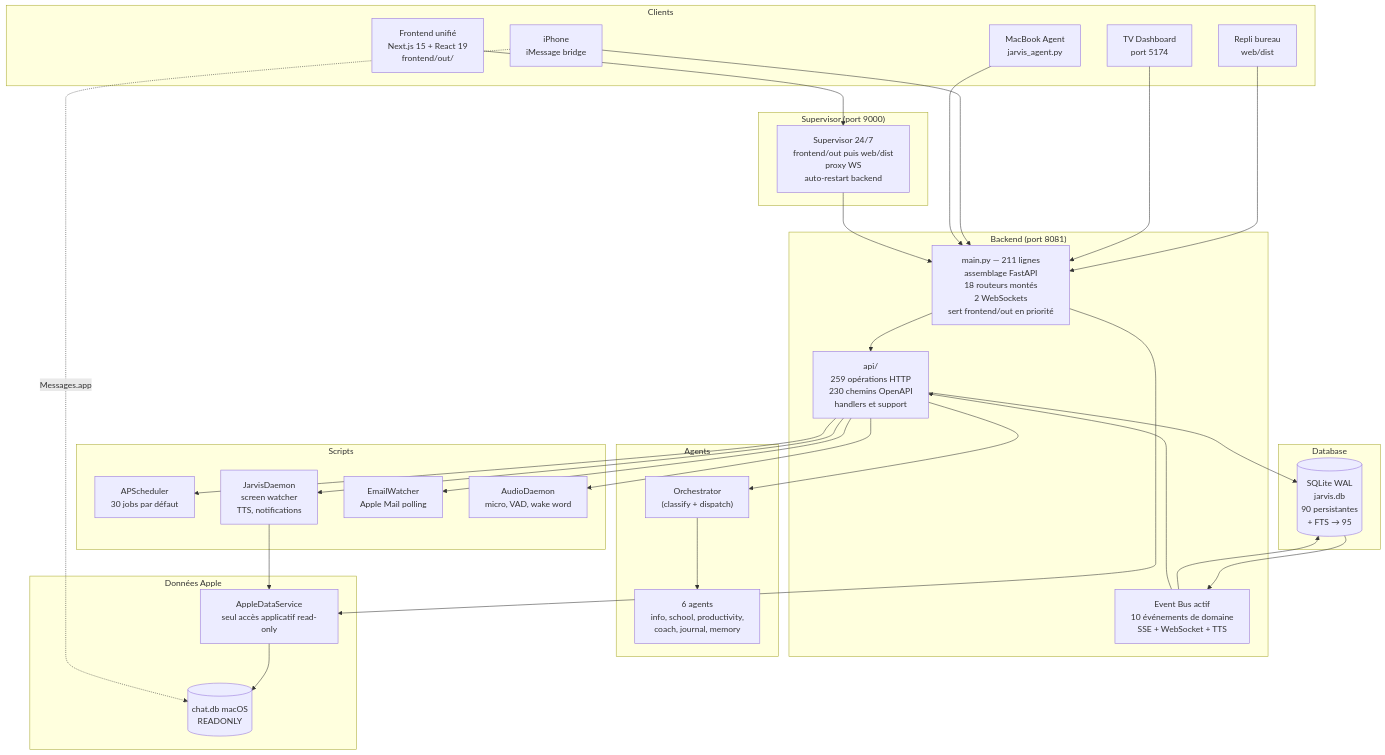
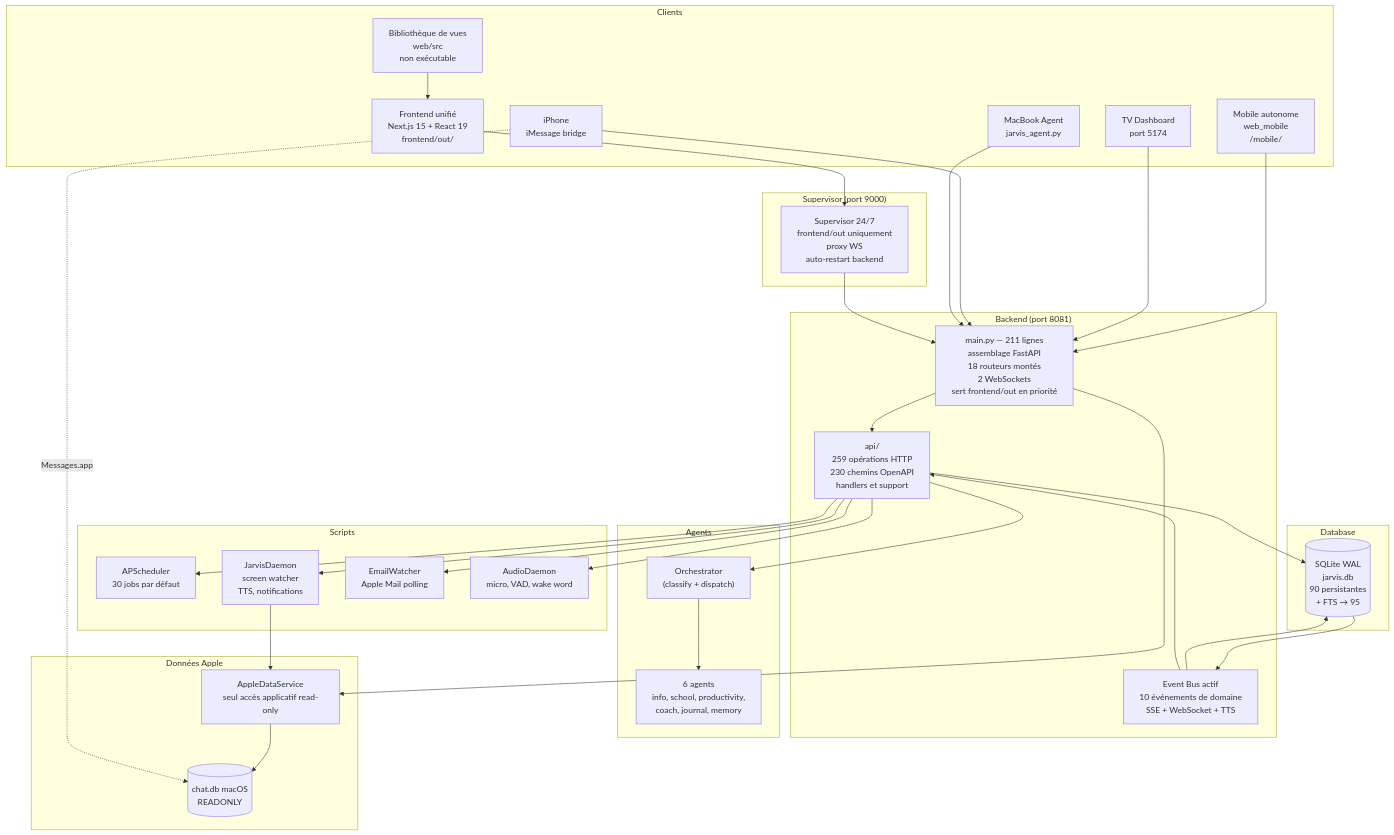
One commit to AVTAVANTTOUT2/JarvisAPI changed the first of 2 diagrams in Architecture/INDEX.md. Above: the diagram before and after it, drawn with Mermaid. The commit also changed other lines of this file and 23 other files, not shown here.

Commit message:
chore(architecture): enforce canonical debt registry

````diff
--- a/Architecture/INDEX.md
+++ b/Architecture/INDEX.md
@@ -112,63 +113,65 @@
 ```mermaid
 graph TB
     subgraph "Clients"
         FRONT["Frontend unifié<br/>Next.js 15 + React 19<br/>frontend/out/"]
-        LEGACY["Repli bureau<br/>web/dist"]
+        VIEWS["Bibliothèque de vues<br/>web/src<br/>non exécutable"]
+        MOBILE["Mobile autonome<br/>web_mobile<br/>/mobile/"]
         TV["TV Dashboard<br/>port 5174"]
         IMESSAGE["iPhone<br/>iMessage bridge"]
         AGENT["MacBook Agent<br/>jarvis_agent.py"]
     end
 
     subgraph "Supervisor (port 9000)"
-        SUP["Supervisor 24/7<br/>frontend/out puis web/dist<br/>proxy WS<br/>auto-restart backend"]
+        SUP["Supervisor 24/7<br/>frontend/out uniquement<br/>proxy WS<br/>auto-restart backend"]
     end
 
     subgraph "Backend (port 8081)"
         MAIN["main.py — 211 lignes<br/>assemblage FastAPI<br/>18 routeurs montés<br/>2 WebSockets<br/>sert frontend/out en priorité"]
         API["api/<br/>259 opérations HTTP<br/>230 chemins OpenAPI<br/>handlers et support"]
         BUS["Event Bus actif<br/>10 événements de domaine<br/>SSE + WebSocket + TTS"]
     end
 
     subgraph "Agents"
         ORCH["Orchestrator<br/>(classify + dispatch)"]
         AG["6 agents<br/>info, school, productivity,<br/>coach, journal, memory"]
     end
 
     subgraph "Database"
         DB[(SQLite WAL<br/>jarvis.db<br/>90 persistantes<br/>+ FTS → 95)]
     end
 
     subgraph "Données Apple"
         APPLE["AppleDataService<br/>seul accès applicatif read-only"]
         CHATDB[(chat.db macOS<br/>READONLY)]
     end
 
     subgraph "Scripts"
         SCHED["APScheduler<br/>30 jobs par défaut"]
         DAEMON["JarvisDaemon<br/>screen watcher<br/>TTS, notifications"]
         EMAILW["EmailWatcher<br/>Apple Mail polling"]
         AUDIOD["AudioDaemon<br/>micro, VAD, wake word"]
     end
 
     FRONT --> SUP
-    LEGACY --> MAIN
+    VIEWS --> FRONT
+    MOBILE --> MAIN
     TV --> MAIN
     IMESSAGE --> MAIN
     AGENT --> MAIN
     SUP --> MAIN
     MAIN --> API
     API --> ORCH
     ORCH --> AG
     API --> DB
     DB --> BUS
     BUS --> DB
     BUS --> API
     API --> SCHED
     API --> DAEMON
     API --> EMAILW
     API --> AUDIOD
     MAIN --> APPLE
     DAEMON --> APPLE
     APPLE --> CHATDB
     IMESSAGE -. "Messages.app" .-> CHATDB
 ```
````
